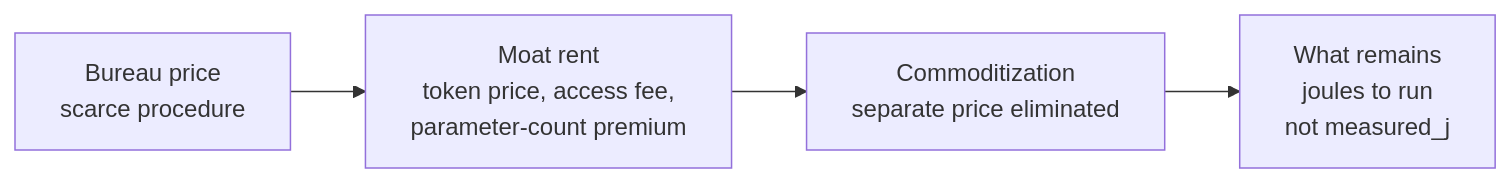
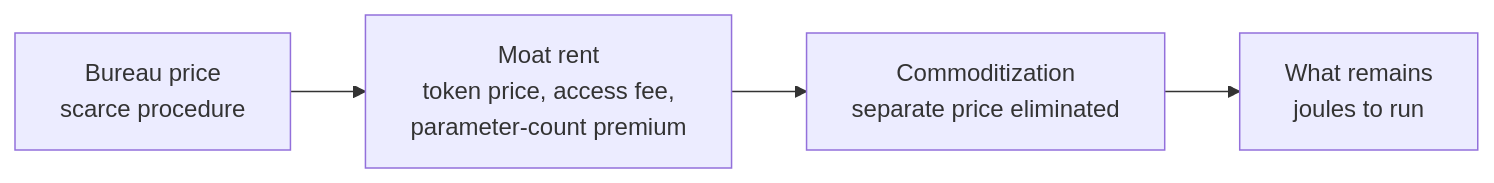
The diagram in src/content/papers/spellcheck.md (openIE-dev/research-openie-web), drawn with Mermaid before and after one commit. The commit also changed other lines of this file and 3 other files, not shown here.

````diff
--- a/src/content/papers/spellcheck.md
+++ b/src/content/papers/spellcheck.md
@@ -174,8 +174,8 @@
 ```mermaid
 flowchart LR
   B["Bureau price<br/>scarce procedure"]
   M["Moat rent<br/>token price, access fee,<br/>parameter-count premium"]
   C["Commoditization<br/>separate price eliminated"]
-  J["What remains<br/>joules to run<br/>not measured_j"]
+  J["What remains<br/>joules to run"]
   B --> M --> C --> J
 ```
````
